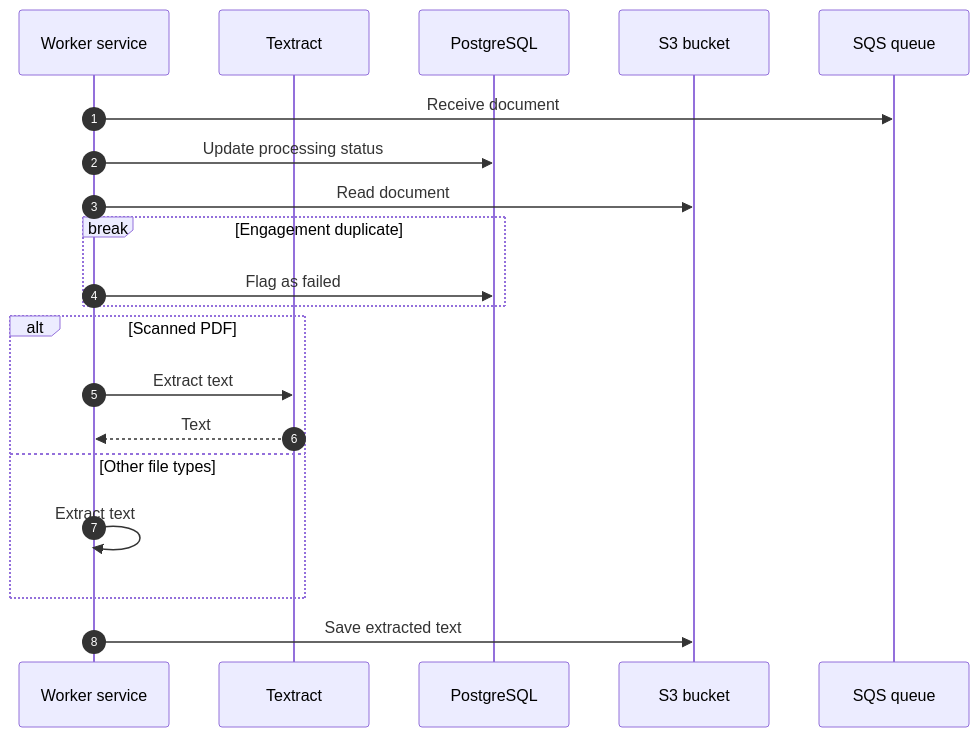
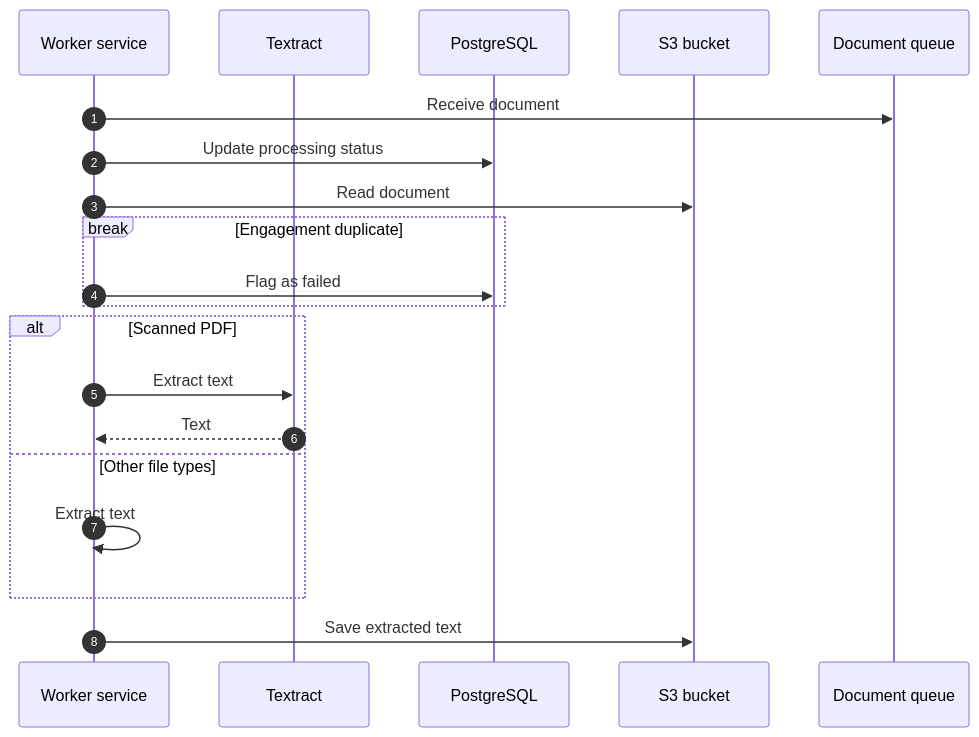
The second of 26 diagrams in README.md (DavidRHannah/compliance), drawn with Mermaid before and after one commit. The commit also changed other lines of this file and 1 other file, not shown here.

Commit message:
System context diagram & small sequence diagram updates.

````diff
--- a/README.md
+++ b/README.md
@@ -87,23 +87,23 @@
 ```mermaid
 sequenceDiagram
     autonumber
     participant W as Worker service
     participant TX as Textract
     participant DB as PostgreSQL
     participant S3 as S3 bucket
-    participant Q as SQS queue
+    participant Q as Document queue
 
     W->>Q: Receive document
     W->>DB: Update processing status
     W->>S3: Read document
     break Engagement duplicate
         W->>DB: Flag as failed
     end 
     alt Scanned PDF
         W->>TX: Extract text
         TX-->>W: Text
     else Other file types
         W->>W: Extract text
     end
     W->>S3: Save extracted text
 ```
````
